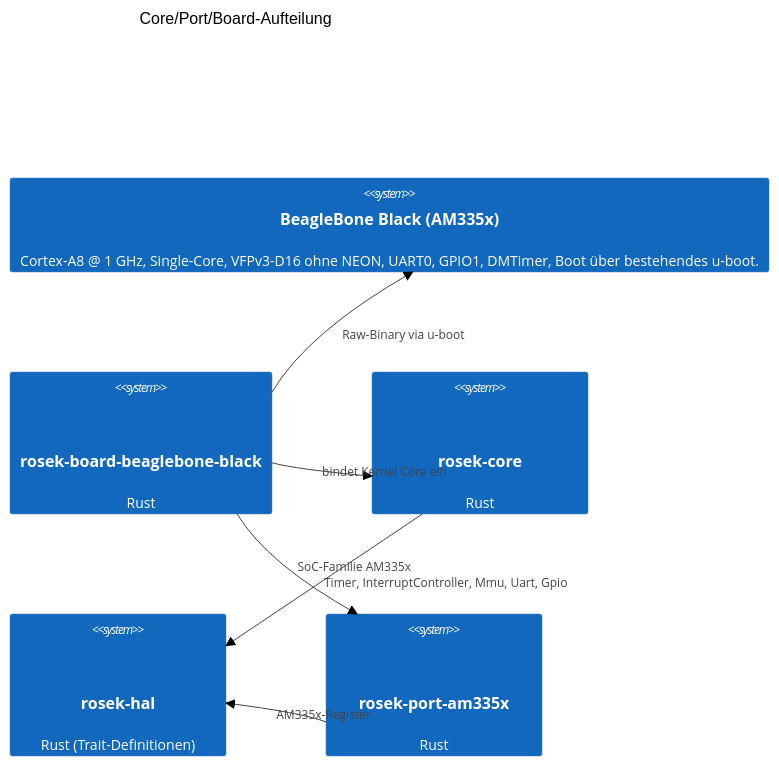
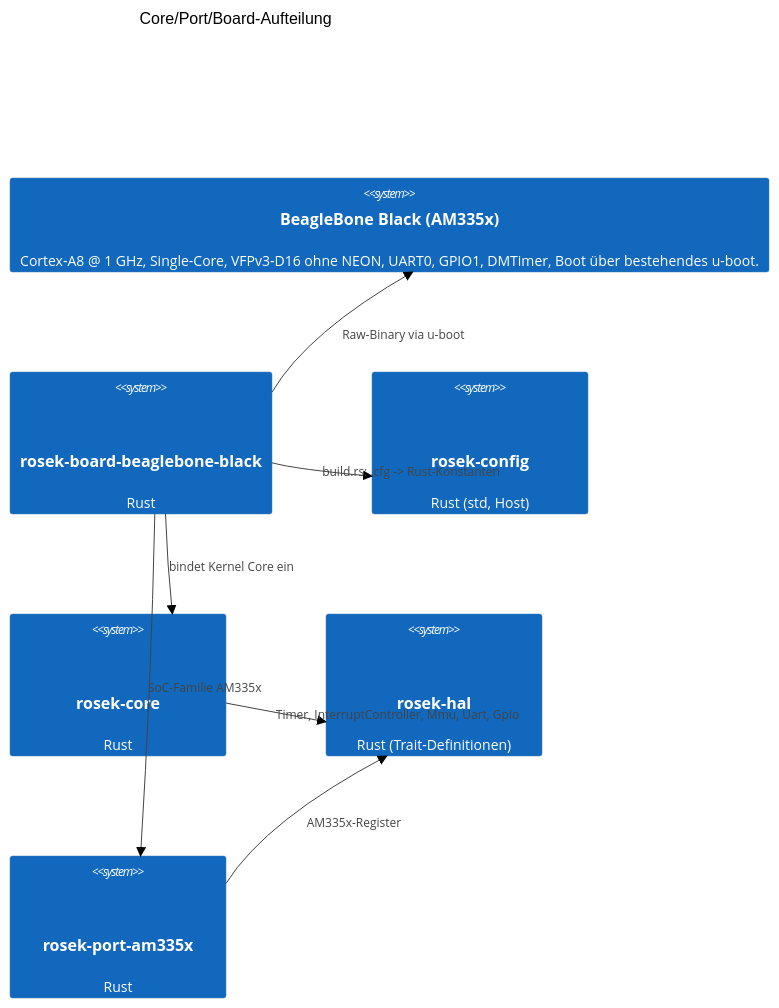
One commit to paul-fleischmann-com/rOSEK changed the diagram in docs/arc42/generated/crates.mmd. Above: the diagram before and after it, drawn with Mermaid (neutral theme). The commit also changed 16 other files, not shown here.

```diff
--- a/docs/arc42/generated/crates.mmd
+++ b/docs/arc42/generated/crates.mmd
@@ -1,14 +1,16 @@
 C4Context
     title Core/Port/Board-Aufteilung
 
     System(beaglebone_black, "BeagleBone Black (AM335x)", "Cortex-A8 @ 1 GHz, Single-Core, VFPv3-D16 ohne NEON, UART0, GPIO1, DMTimer, Boot über bestehendes u-boot.")
     System(rosek_board_bbb, "rosek-board-beaglebone-black", "Rust", "Nur das Board-Spezifische: Pin-Muxing, Taktkonfiguration, Speicherkarte, welche UART/GPIO-Pins tatsächlich herausgeführt sind.")
+    System(rosek_config, "rosek-config", "Rust (std, Host)", "Reine Host/std-Crate: parst die OIL-inspirierte .cfg-Datei und generiert daraus Rust-Konstanten. Läuft nur zur Build-Zeit (aus rosek-board-beaglebone-black/build.rs heraus), nie auf dem Ziel-Target — daher weder 'portable' noch 'concrete' im Sinne von C01, sondern eine eigene, orthogonale Kategorie.")
     System(rosek_core, "rosek-core", "Rust", "Komplett architektur- und boardneutral: Scheduler, OS-Application-Modell, Memory-Protection-Logik, Static-Config-Verarbeitung. Kennt nur Rust-Traits (HAL), keine Register.")
     System(rosek_hal, "rosek-hal", "Rust (Trait-Definitionen)", "Definiert die Trait-Schnittstellen, die rosek-core braucht: Timer, InterruptController, Mmu, Uart, Gpio.")
     System(rosek_port_am335x, "rosek-port-am335x", "Rust", "Implementierung der HAL-Traits für die AM335x-SoC-Familie: Register-Layout, Interrupt-Controller-Typ, MMU-Aufbau. Gilt für alle Boards mit diesem SoC.")
 
     Rel(rosek_core, rosek_hal, "Timer, InterruptController, Mmu, Uart, Gpio")
     Rel(rosek_port_am335x, rosek_hal, "AM335x-Register")
     Rel(rosek_board_bbb, rosek_port_am335x, "SoC-Familie AM335x")
     Rel(rosek_board_bbb, rosek_core, "bindet Kernel Core ein")
     Rel(rosek_board_bbb, beaglebone_black, "Raw-Binary via u-boot")
+    Rel(rosek_board_bbb, rosek_config, "build.rs: .cfg -> Rust-Konstanten")
```
